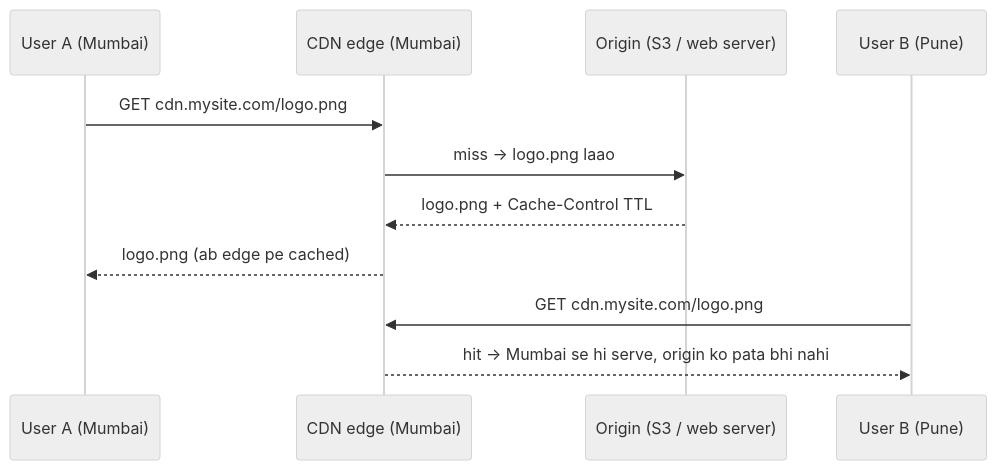
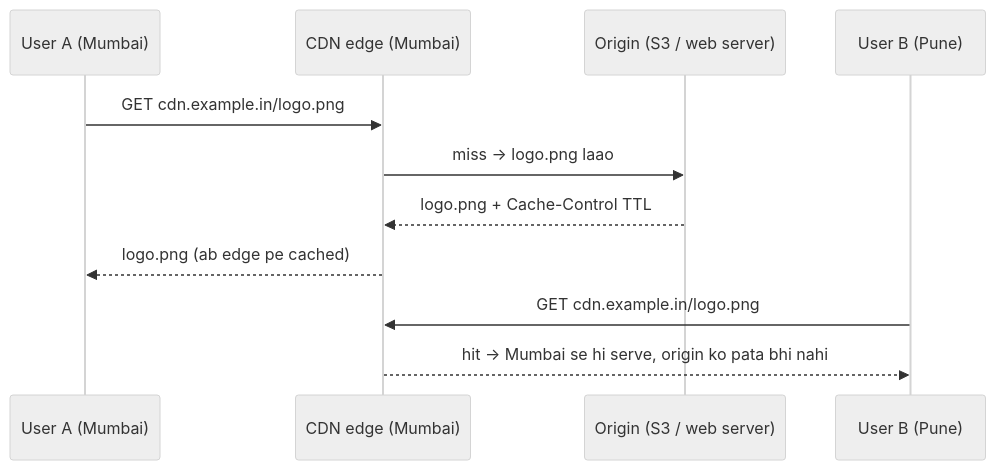
Before and after one commit to JayKap-Git/sysdes: the sixth of 11 diagrams in docs/foundations/01-scale-from-zero-to-millions.hi.md, drawn with Mermaid (neutral theme). The commit also changed other lines of this file and 8 other files, not shown here.

````diff
--- a/docs/foundations/01-scale-from-zero-to-millions.hi.md
+++ b/docs/foundations/01-scale-from-zero-to-millions.hi.md
@@ -292,13 +292,13 @@
 ```mermaid
 sequenceDiagram
     participant A as User A (Mumbai)
     participant E as CDN edge (Mumbai)
     participant O as Origin (S3 / web server)
     participant B as User B (Pune)
-    A->>E: GET cdn.mysite.com/logo.png
+    A->>E: GET cdn.example.in/logo.png
     E->>O: miss → logo.png laao
     O-->>E: logo.png + Cache-Control TTL
     E-->>A: logo.png (ab edge pe cached)
-    B->>E: GET cdn.mysite.com/logo.png
+    B->>E: GET cdn.example.in/logo.png
     E-->>B: hit → Mumbai se hi serve, origin ko pata bhi nahi
 ```
````
